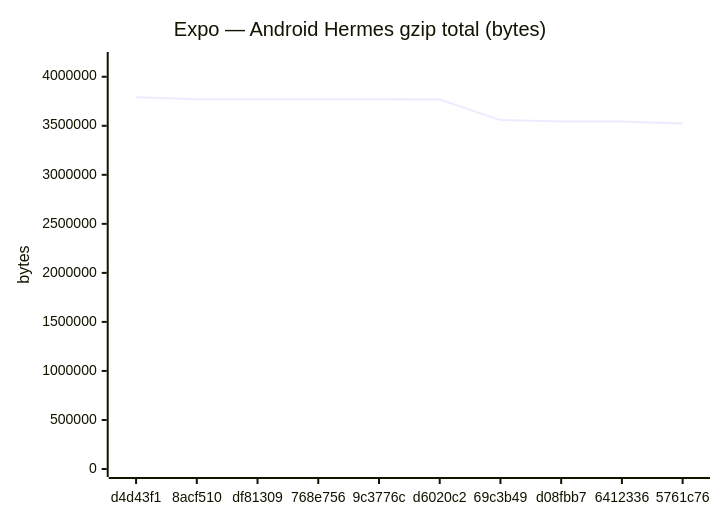
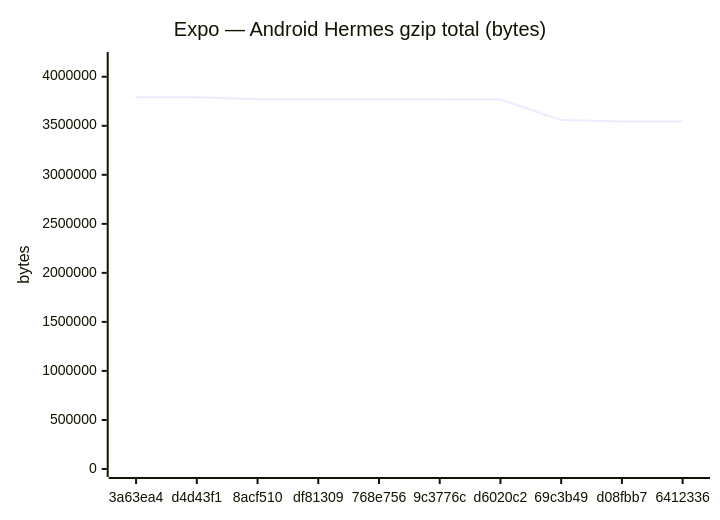
Before and after one commit to Metaheurist/Rianell: the fifth of 18 diagrams in benchmarks/compare.md, drawn with Mermaid. The commit also changed other lines of this file and 11 other files, not shown here.

````diff
--- a/benchmarks/compare.md
+++ b/benchmarks/compare.md
@@ -89,7 +89,7 @@
 ```mermaid
 xychart-beta
     title "Expo — Android Hermes gzip total (bytes)"
-    x-axis ["d4d43f1", "8acf510", "df81309", "768e756", "9c3776c", "d6020c2", "69c3b49", "d08fbb7", "6412336", "5761c76"]
+    x-axis ["3a63ea4", "d4d43f1", "8acf510", "df81309", "768e756", "9c3776c", "d6020c2", "69c3b49", "d08fbb7", "6412336"]
     y-axis "bytes" 0 --> 4170888
-    line [3791716, 3770636, 3770634, 3771343, 3770634, 3767812, 3557908, 3544463, 3543472, 3523541]
+    line [3791714, 3791716, 3770636, 3770634, 3771343, 3770634, 3767812, 3557908, 3544463, 3543472]
 ```
````
